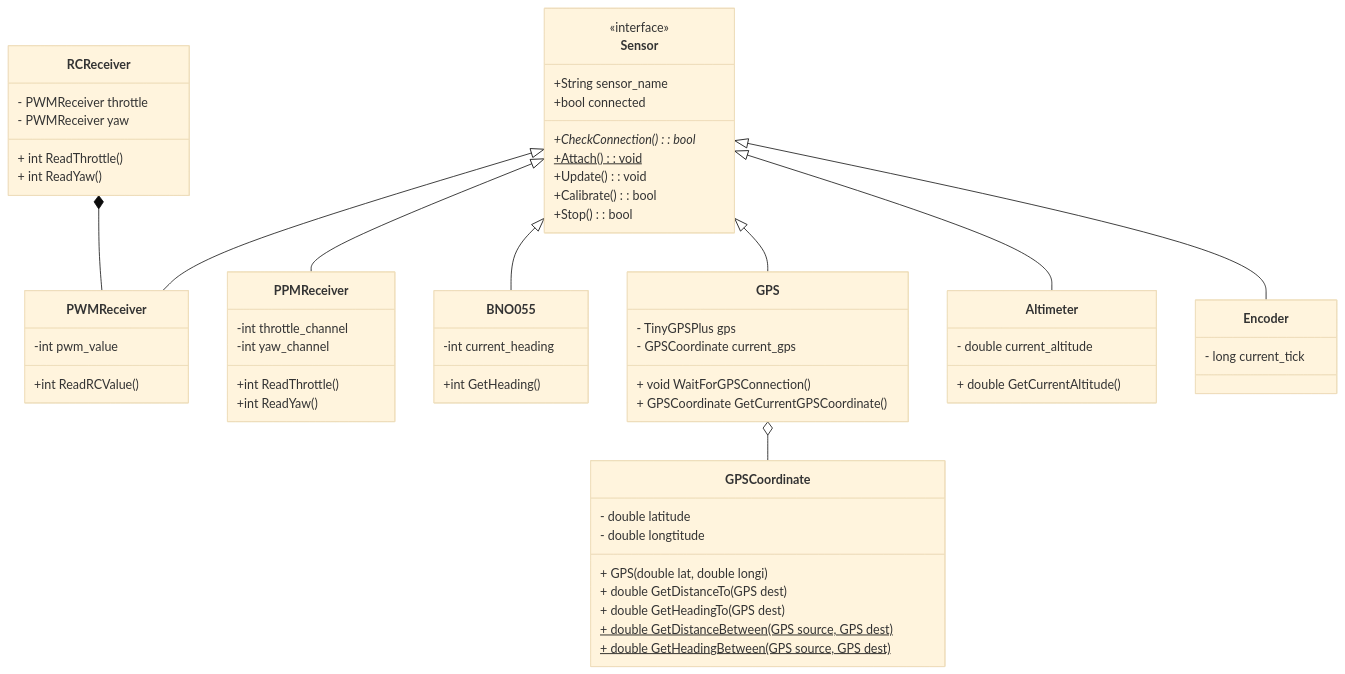
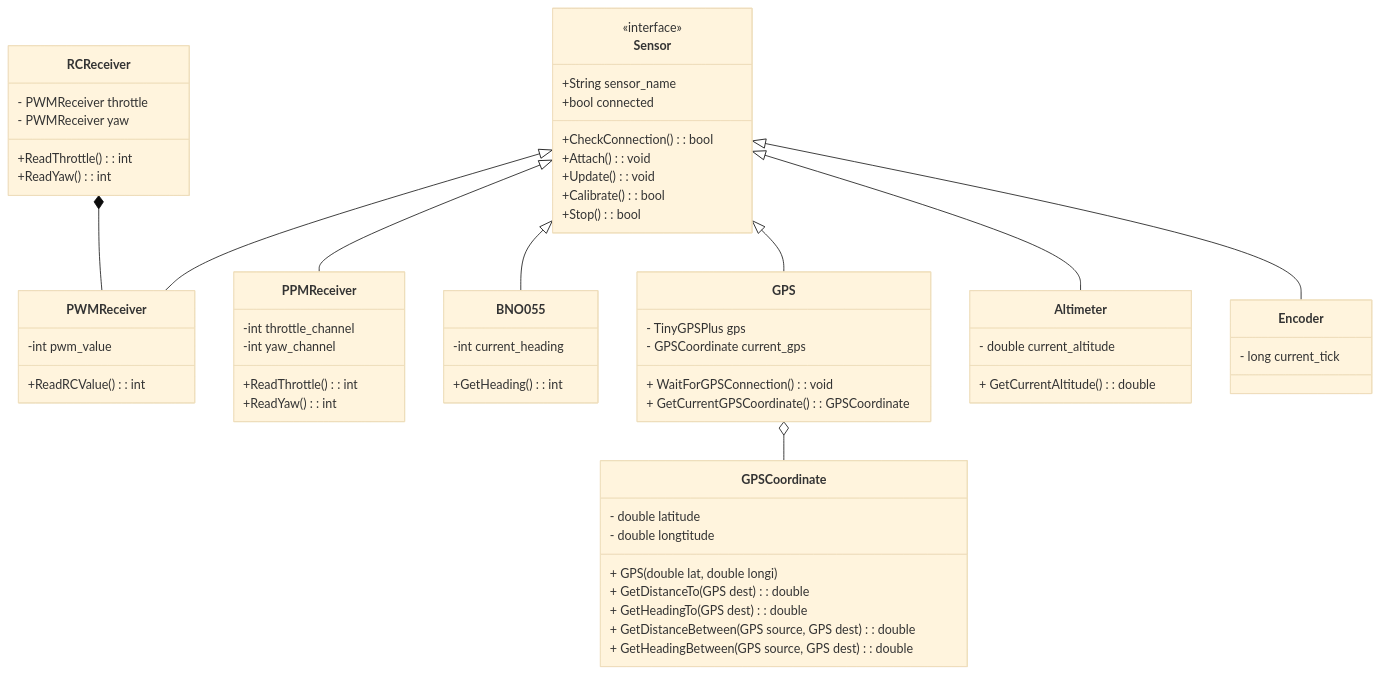
The first of 2 diagrams in docs/DESIGN.md (ubcuas/Airdrop-Software-2022), drawn with Mermaid (base theme) before and after one commit. The commit also changed other lines of this file, not shown here.

Commit message:
complete testing mermaid

````diff
--- a/docs/DESIGN.md
+++ b/docs/DESIGN.md
@@ -12,79 +26,78 @@
 ```mermaid
 classDiagram
 
 
 class Sensor {
  <<interface>>
  +String sensor_name
  +bool connected
- +CheckConnection()*: bool
- +Attach()$: void
+ +CheckConnection(): bool
+ +Attach(): void
  +Update(): void
  +Calibrate(): bool
  +Stop(): bool
 }
 
 
 RCReceiver *-- PWMReceiver
 class RCReceiver {
   - PWMReceiver throttle
   - PWMReceiver yaw
-  + int ReadThrottle()
-  + int ReadYaw()
+  +ReadThrottle(): int
+  +ReadYaw(): int
 }
 
 Sensor <|-- PWMReceiver
 class PWMReceiver {
   -int pwm_value
-  +int ReadRCValue()
+  +ReadRCValue(): int
 }
 
 Sensor <|-- PPMReceiver
 class PPMReceiver {
   -int throttle_channel
   -int yaw_channel
-  +int ReadThrottle()
-  +int ReadYaw()
+  +ReadThrottle(): int
+  +ReadYaw(): int
 }
 
 Sensor <|-- BNO055
 class BNO055 {
   -int current_heading
-  +int GetHeading()
+  +GetHeading(): int
 }
 
 
 Sensor <|-- GPS
 class GPS {
   - TinyGPSPlus gps
   - GPSCoordinate current_gps
-  + void WaitForGPSConnection()
-  + GPSCoordinate GetCurrentGPSCoordinate()
+  + WaitForGPSConnection(): void
+  + GetCurrentGPSCoordinate(): GPSCoordinate
 }
 
 GPS o-- GPSCoordinate
 class GPSCoordinate {
   - double latitude
   - double longtitude
   + GPS(double lat, double longi)
-  + double GetDistanceTo(GPS dest)
-  + double GetHeadingTo(GPS dest)
-  + double GetDistanceBetween(GPS source, GPS dest)$
-  + double GetHeadingBetween(GPS source, GPS dest)$
+  + GetDistanceTo(GPS dest): double
+  + GetHeadingTo(GPS dest): double
+  + GetDistanceBetween(GPS source, GPS dest): double
+  + GetHeadingBetween(GPS source, GPS dest): double
 }
 
 
 Sensor <|-- Altimeter
 class Altimeter {
   - double current_altitude
-  + double GetCurrentAltitude()
+  + GetCurrentAltitude(): double
 }
 
 Sensor <|-- Encoder
 class Encoder {
   - long current_tick
-
 }
 
 
 ```
````
